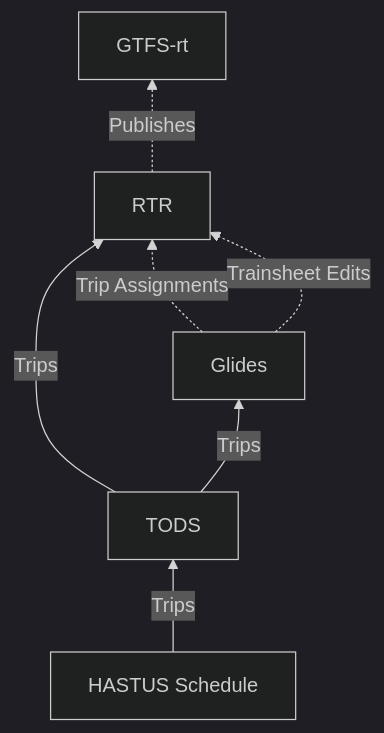
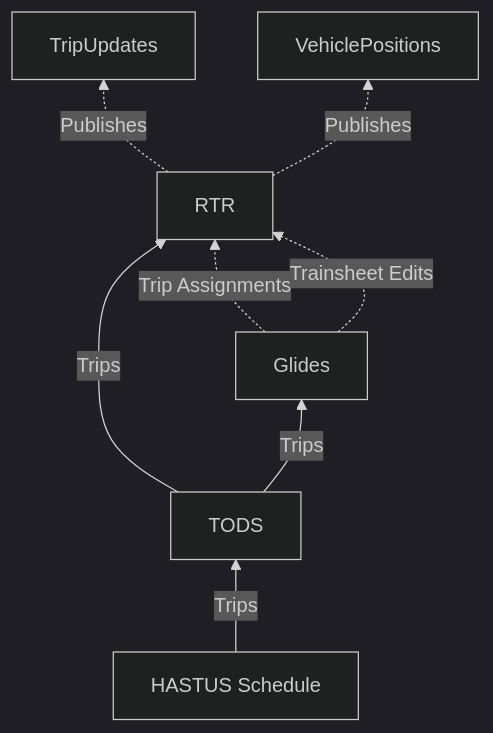
One commit to mbta/technology-docs changed the second of 2 diagrams in rfcs/0000-light-rail-trip-model.md. Above: the diagram before and after it, drawn with Mermaid (dark theme). The commit also changed other lines of this file, not shown here.

Commit message:
docs: split out GTFS-rt into vehicles and trips

````diff
--- a/rfcs/0000-light-rail-trip-model.md
+++ b/rfcs/0000-light-rail-trip-model.md
@@ -81,14 +83,16 @@
 ```mermaid
   flowchart BT
     hastus["HASTUS Schedule"]
 	tods["TODS"]
 	glides["Glides"]
 	rtr["RTR"]
-	gtfsrt["GTFS-rt"]
+	predictions["TripUpdates"]
+	vehicles["VehiclePositions"]
 	hastus -- Trips --> tods
 	tods -- Trips --> glides
 	tods -- Trips --> rtr
 	glides -. Trip Assignments .-> rtr
 	glides -. Trainsheet Edits .-> rtr
-	rtr -. Publishes .-> gtfsrt
+	rtr -. Publishes .-> predictions
+	rtr -. Publishes .-> vehicles
 ```
````
